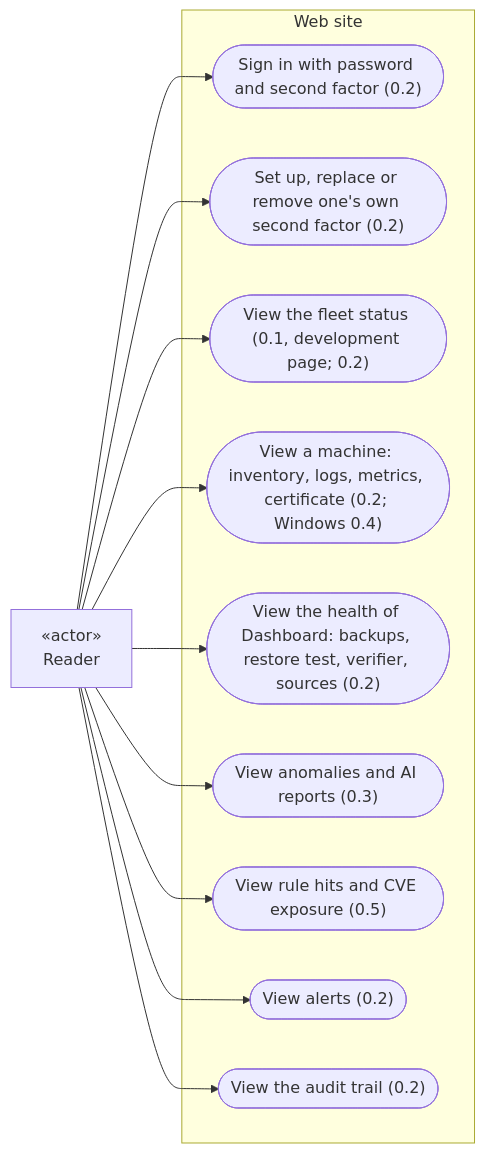
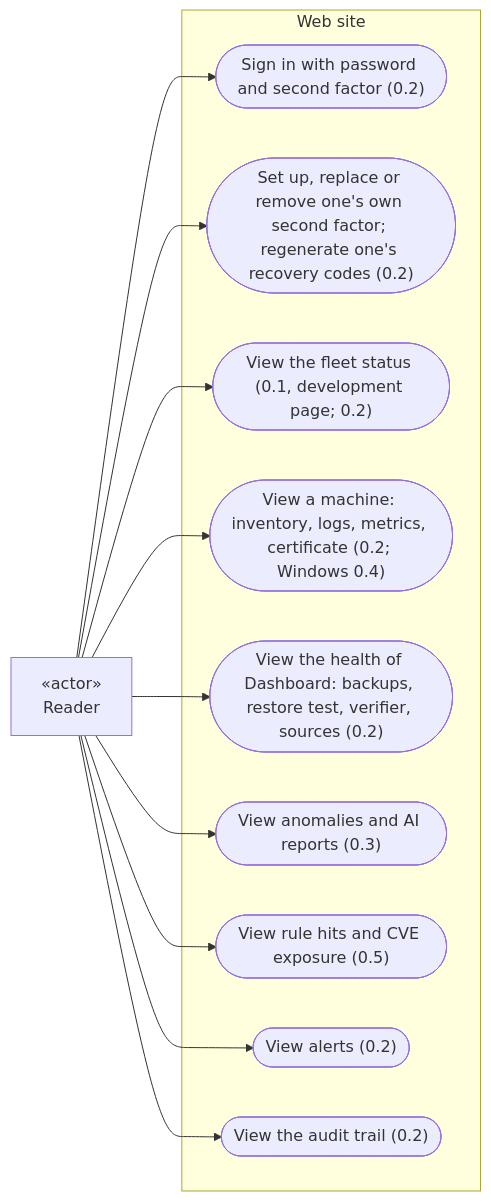
One commit to micdef/Dashboard changed the first of 6 diagrams in doc/analyse/uml/v1/use-cases.md. Above: the diagram before and after it, drawn with Mermaid. The commit also changed other lines of this file and 12 other files, not shown here.

````diff
--- a/doc/analyse/uml/v1/use-cases.md
+++ b/doc/analyse/uml/v1/use-cases.md
@@ -33,26 +33,26 @@
 ```mermaid
 flowchart LR
     Reader["«actor»<br/>Reader"]
 
     subgraph Site ["Web site"]
         SignIn(["Sign in with password and second factor (0.2)"])
-        OwnFactor(["Set up, replace or remove one's own second factor (0.2)"])
+        OwnFactor(["Set up, replace or remove one's own second factor; regenerate one's recovery codes (0.2)"])
         Fleet(["View the fleet status (0.1, development page; 0.2)"])
         Machine(["View a machine: inventory, logs, metrics, certificate (0.2; Windows 0.4)"])
         Health(["View the health of Dashboard: backups, restore test, verifier, sources (0.2)"])
         AiReport(["View anomalies and AI reports (0.3)"])
         RulesCve(["View rule hits and CVE exposure (0.5)"])
         Alerts(["View alerts (0.2)"])
         Audit(["View the audit trail (0.2)"])
     end
 
     Reader --> SignIn
     Reader --> OwnFactor
     Reader --> Fleet
     Reader --> Machine
     Reader --> Health
     Reader --> AiReport
     Reader --> RulesCve
     Reader --> Alerts
     Reader --> Audit
 ```
````
